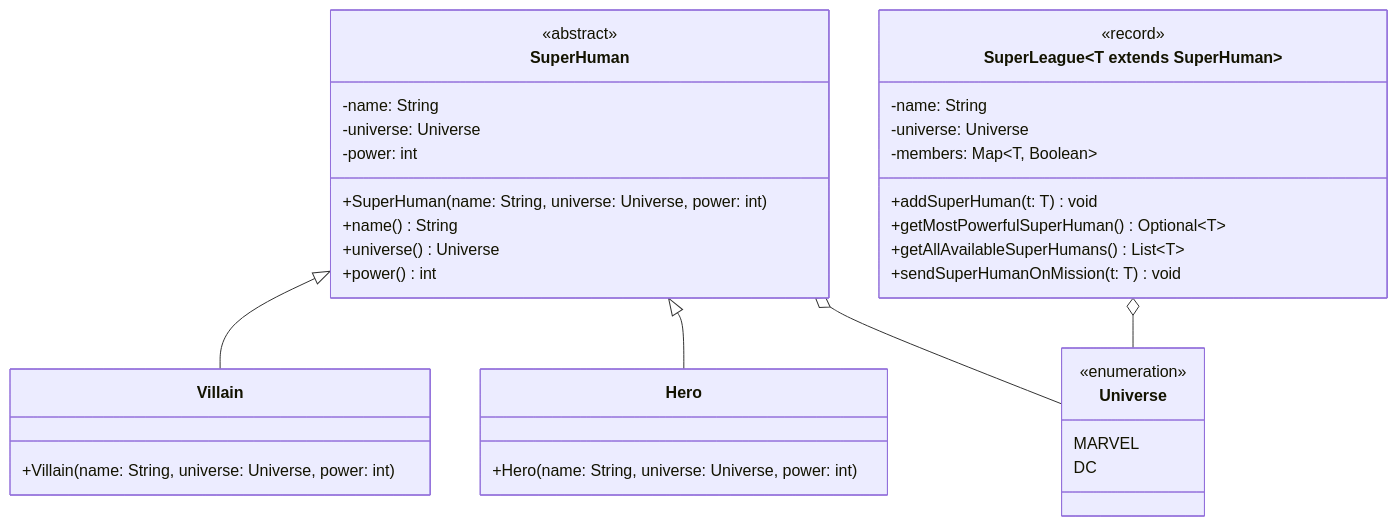
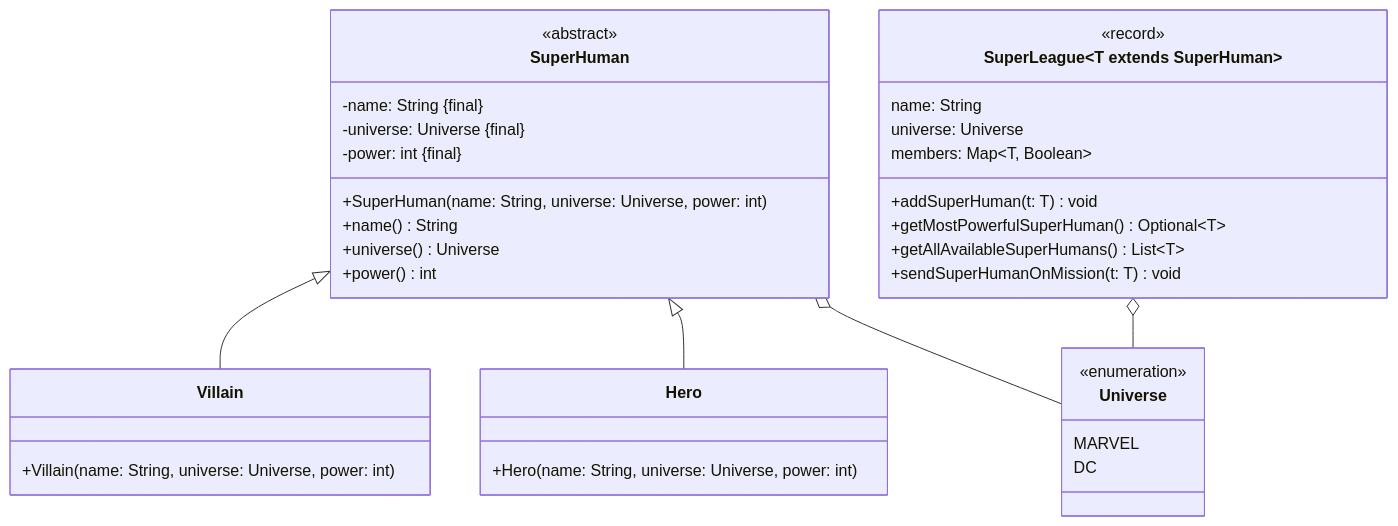
One commit to jappuccini/java-docs changed the second of 3 diagrams in docs/additional-material/daniel-java2/sample-exam.md. Above: the diagram before and after it, drawn with Mermaid. The commit also changed other lines of this file and 1 other file, not shown here.

````diff
--- a/docs/additional-material/daniel-java2/sample-exam.md
+++ b/docs/additional-material/daniel-java2/sample-exam.md
@@ -163,43 +163,43 @@
 ```mermaid
 classDiagram
     SuperHuman <|-- Villain
     SuperHuman <|-- Hero
     SuperHuman o-- Universe
     SuperLeague~T extends SuperHuman~ o-- Universe
 
     class SuperHuman {
         <<abstract>>
-        -name: String
-        -universe: Universe
-        -power: int
+        -name: String &#123final&#125
+        -universe: Universe &#123final&#125
+        -power: int &#123final&#125
         +SuperHuman(name: String, universe: Universe, power: int)
         +name() String
         +universe() Universe
         +power() int
     }
 
     class Villain {
         +Villain(name: String, universe: Universe, power: int)
     }
 
     class Hero {
         +Hero(name: String, universe: Universe, power: int)
     }
 
     class Universe {
         <<enumeration>>
         MARVEL
         DC
     }
 
     class SuperLeague~T extends SuperHuman~ {
         <<record>>
-        -name: String
-        -universe: Universe
-        -members: Map~T, Boolean~
+        name: String
+        universe: Universe
+        members: Map~T, Boolean~
         +addSuperHuman(t: T) void
         +getMostPowerfulSuperHuman() Optional~T~
         +getAllAvailableSuperHumans() List~T~
         +sendSuperHumanOnMission(t: T) void
     }
 ```
````
